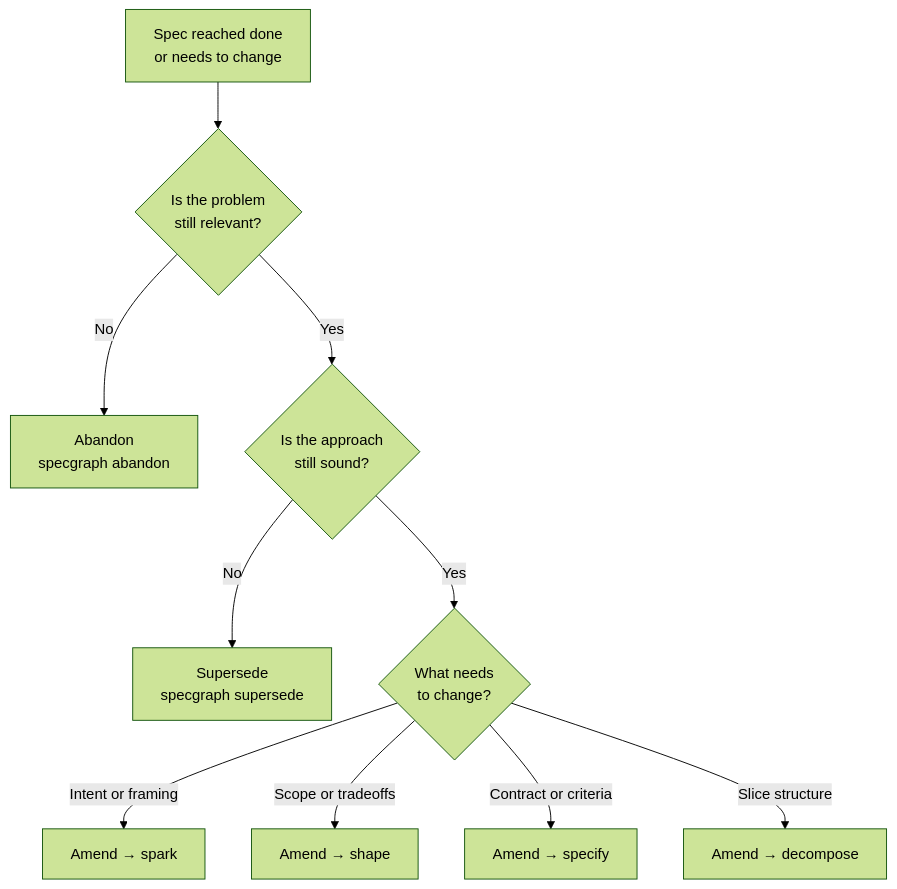
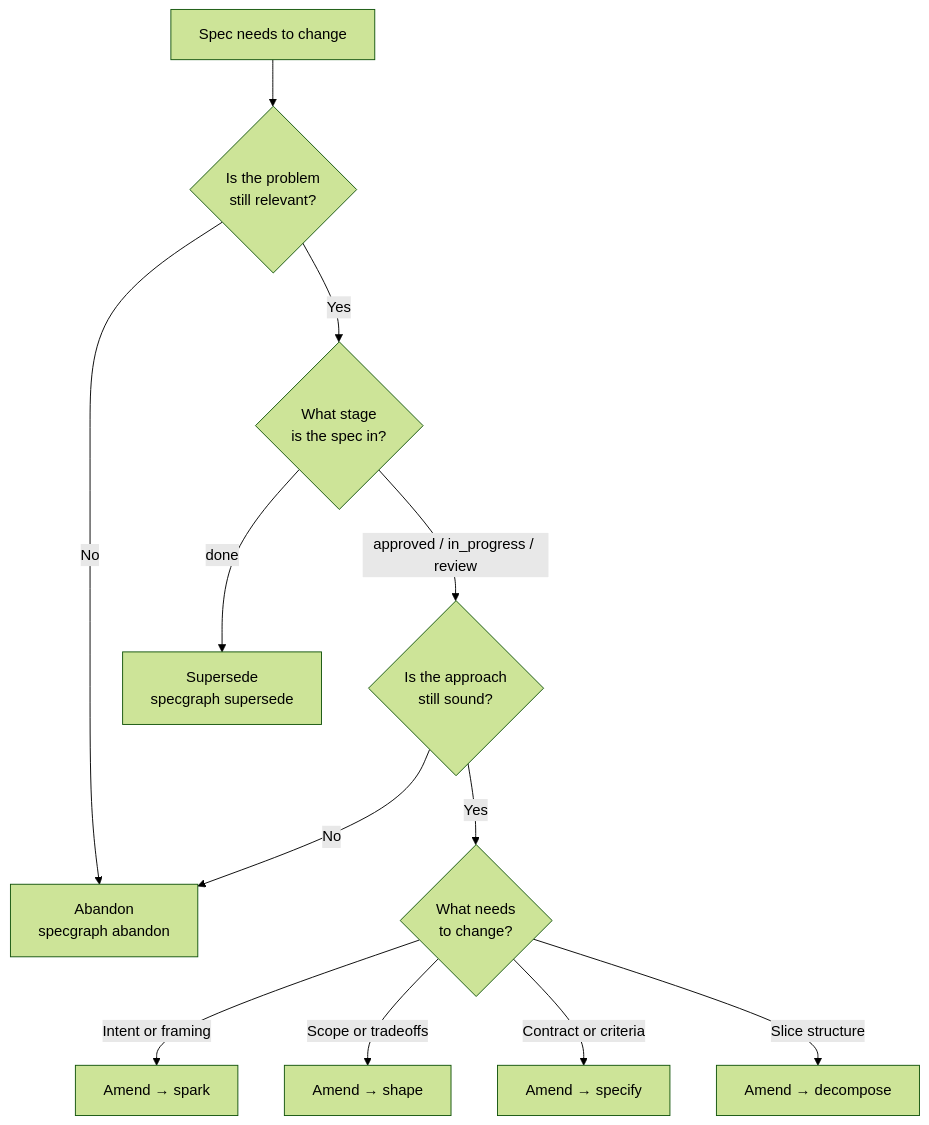
Before and after one commit to specgraph/specgraph: the diagram in site/docs/concepts/lifecycle.md, drawn with Mermaid (forest theme). The commit also changed other lines of this file and 39 other files, not shown here.

First line of the commit message:
feat: lifecycle nomenclature inversion — amend from in-flight, supersede from done (#889)

````diff
--- a/site/docs/concepts/lifecycle.md
+++ b/site/docs/concepts/lifecycle.md
@@ -118,12 +124,14 @@
 ```mermaid
 flowchart TD
-    A["Spec reached done\nor needs to change"] --> B{"Is the problem\nstill relevant?"}
+    A["Spec needs to change"] --> B{"Is the problem\nstill relevant?"}
     B -- No --> C["Abandon\nspecgraph abandon"]
-    B -- Yes --> D{"Is the approach\nstill sound?"}
-    D -- No --> E["Supersede\nspecgraph supersede"]
-    D -- Yes --> F{"What needs\nto change?"}
-    F -- "Intent or framing" --> G["Amend → spark"]
-    F -- "Scope or tradeoffs" --> H["Amend → shape"]
-    F -- "Contract or criteria" --> I["Amend → specify"]
-    F -- "Slice structure" --> J["Amend → decompose"]
+    B -- Yes --> D{"What stage\nis the spec in?"}
+    D -- "approved / in_progress / review" --> E{"Is the approach\nstill sound?"}
+    D -- "done" --> F["Supersede\nspecgraph supersede"]
+    E -- No --> C
+    E -- Yes --> G{"What needs\nto change?"}
+    G -- "Intent or framing" --> H["Amend → spark"]
+    G -- "Scope or tradeoffs" --> I["Amend → shape"]
+    G -- "Contract or criteria" --> J["Amend → specify"]
+    G -- "Slice structure" --> K["Amend → decompose"]
 ```
````
